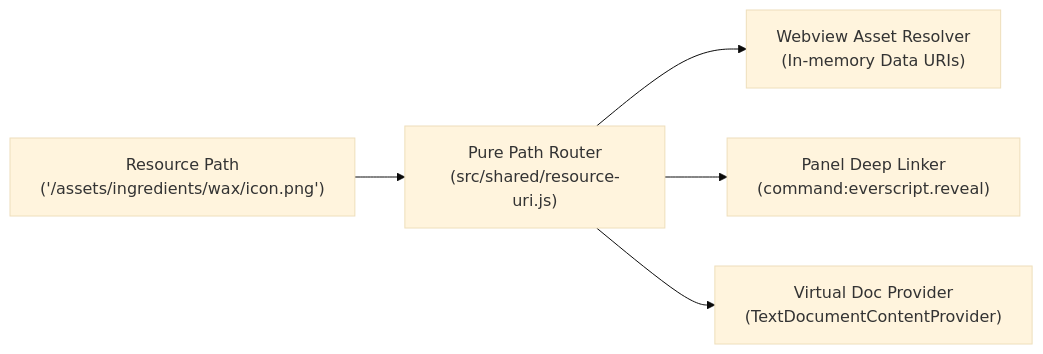
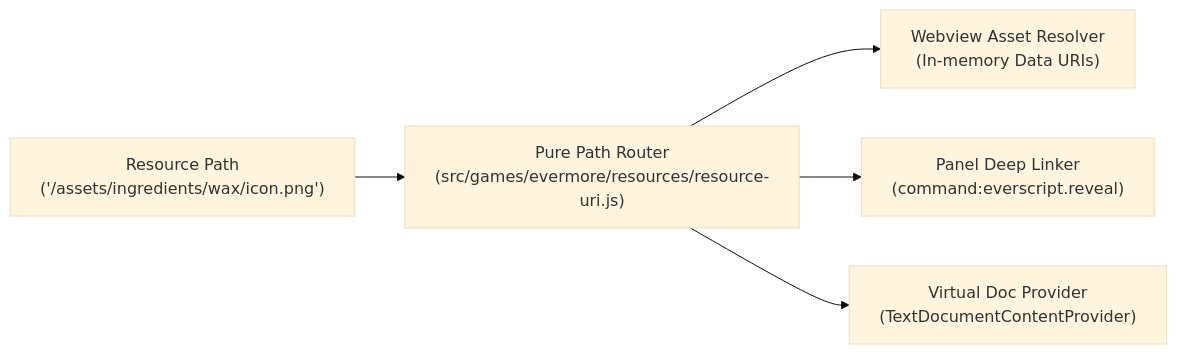
The diagram in docs/resource-paths-and-assets-spec.md (r-bin/everscript-vscode), drawn with Mermaid (base theme) before and after one commit. The commit also changed other lines of this file and 60 other files, not shown here.

First line of the commit message:
v0.242.0: [games] Evermore helpers out of shared/: rom-readers, radar-utils, config, resource-uri

````diff
--- a/docs/resource-paths-and-assets-spec.md
+++ b/docs/resource-paths-and-assets-spec.md
@@ -65,7 +65,7 @@
 ```mermaid
 flowchart LR
-    URI["Resource Path<br>('/assets/ingredients/wax/icon.png')"] --> Router["Pure Path Router<br>(src/shared/resource-uri.js)"]
+    URI["Resource Path<br>('/assets/ingredients/wax/icon.png')"] --> Router["Pure Path Router<br>(src/games/evermore/resources/resource-uri.js)"]
     Router --> WebviewResolver["Webview Asset Resolver<br>(In-memory Data URIs)"]
     Router --> PanelDeepLink["Panel Deep Linker<br>(command:everscript.reveal)"]
     Router --> DocProvider["Virtual Doc Provider<br>(TextDocumentContentProvider)"]
 ```
````
